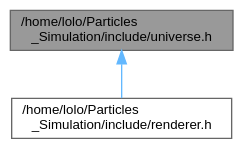
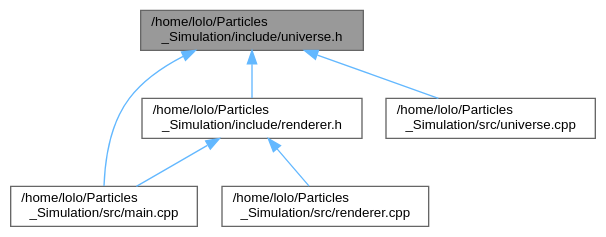
One commit to Kojittsu/Particles_Simulation changed the diagram in docs/universe_8h__dep__incl.dot. Above: the diagram before and after it, drawn with Graphviz. The commit also changed 136 other files, not shown here.

```diff
--- a/docs/universe_8h__dep__incl.dot
+++ b/docs/universe_8h__dep__incl.dot
@@ -1,10 +1,17 @@
 digraph "/home/lolo/Particles_Simulation/include/universe.h"
 {
  // LATEX_PDF_SIZE
   bgcolor="transparent";
   edge [fontname=Helvetica,fontsize=10,labelfontname=Helvetica,labelfontsize=10];
   node [fontname=Helvetica,fontsize=10,shape=box,height=0.2,width=0.4];
   Node1 [id="Node000001",label="/home/lolo/Particles\l_Simulation/include/universe.h",height=0.2,width=0.4,color="gray40", fillcolor="grey60", style="filled", fontcolor="black",tooltip=" "];
   Node1 -> Node2 [id="edge1_Node000001_Node000002",dir="back",color="steelblue1",style="solid",tooltip=" "];
   Node2 [id="Node000002",label="/home/lolo/Particles\l_Simulation/include/renderer.h",height=0.2,width=0.4,color="grey40", fillcolor="white", style="filled",URL="$renderer_8h.html",tooltip=" "];
+  Node2 -> Node3 [id="edge2_Node000002_Node000003",dir="back",color="steelblue1",style="solid",tooltip=" "];
+  Node3 [id="Node000003",label="/home/lolo/Particles\l_Simulation/src/main.cpp",height=0.2,width=0.4,color="grey40", fillcolor="white", style="filled",URL="$main_8cpp.html",tooltip=" "];
+  Node2 -> Node4 [id="edge3_Node000002_Node000004",dir="back",color="steelblue1",style="solid",tooltip=" "];
+  Node4 [id="Node000004",label="/home/lolo/Particles\l_Simulation/src/renderer.cpp",height=0.2,width=0.4,color="grey40", fillcolor="white", style="filled",URL="$renderer_8cpp.html",tooltip=" "];
+  Node1 -> Node3 [id="edge4_Node000001_Node000003",dir="back",color="steelblue1",style="solid",tooltip=" "];
+  Node1 -> Node5 [id="edge5_Node000001_Node000005",dir="back",color="steelblue1",style="solid",tooltip=" "];
+  Node5 [id="Node000005",label="/home/lolo/Particles\l_Simulation/src/universe.cpp",height=0.2,width=0.4,color="grey40", fillcolor="white", style="filled",URL="$universe_8cpp.html",tooltip=" "];
 }
```
